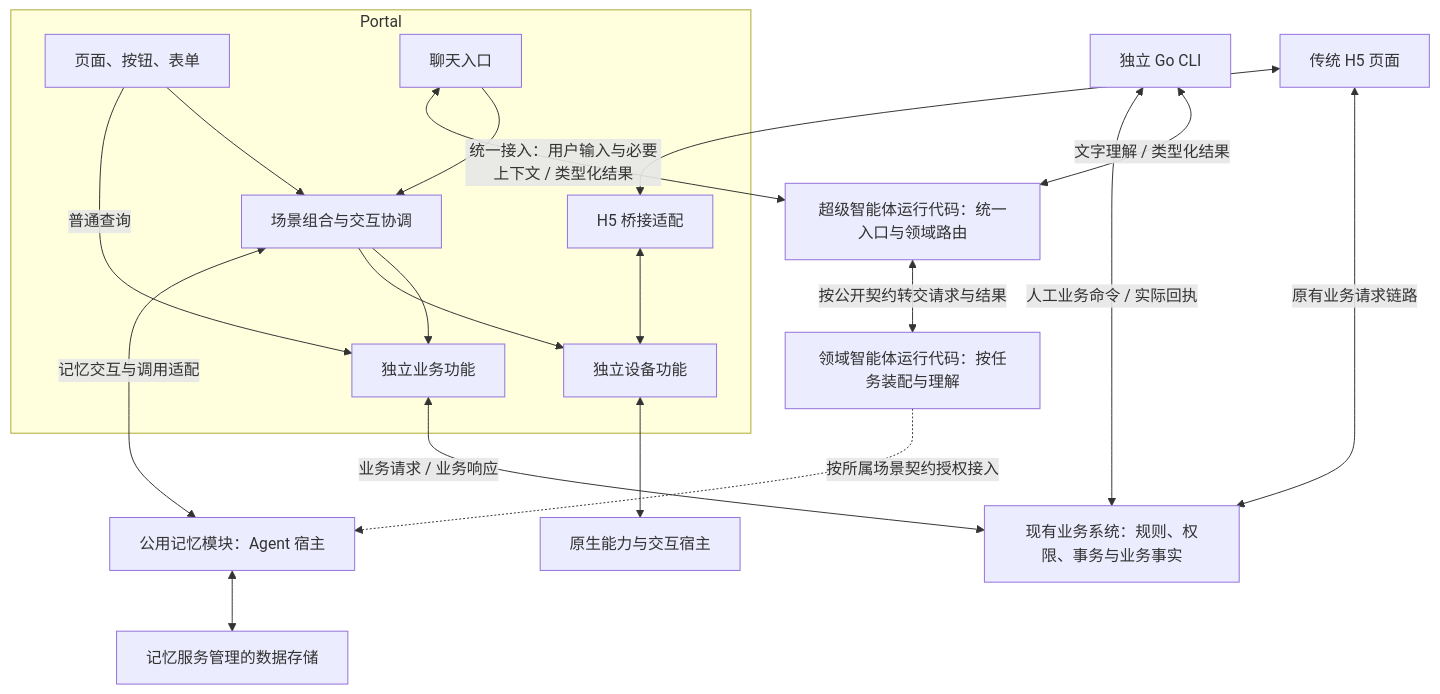
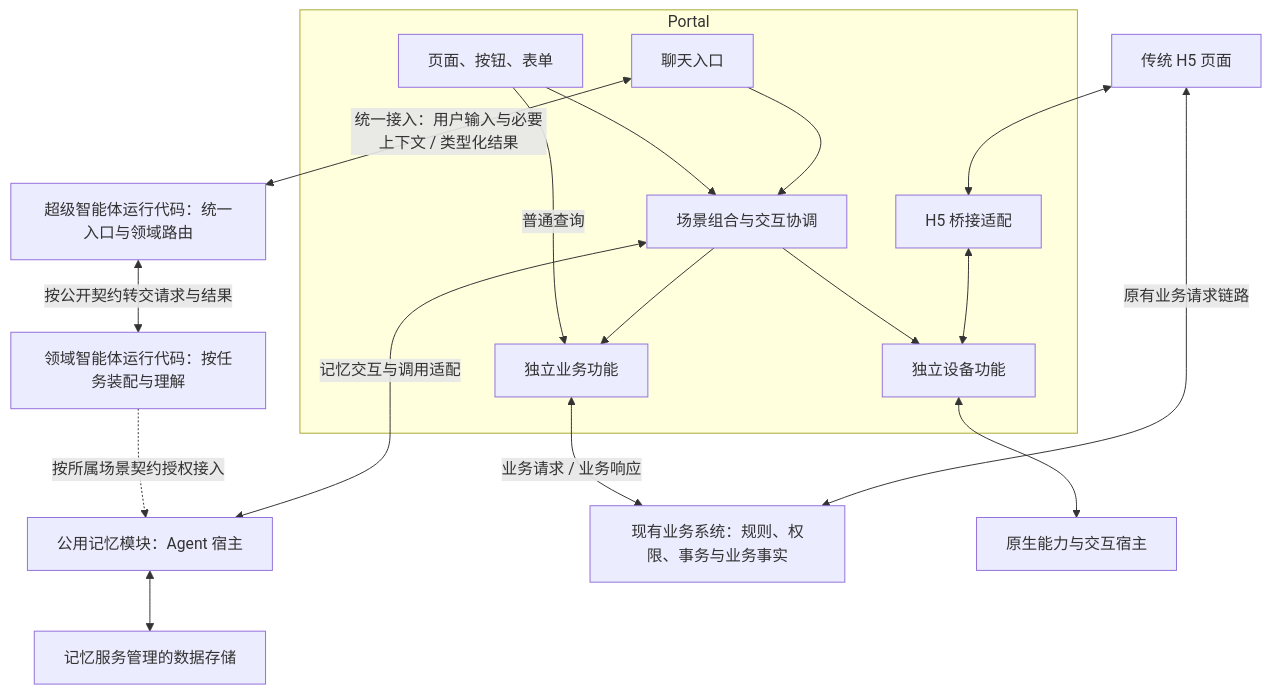
Before and after one commit to unif-skill/unif-portal-dev-skills: the diagram in plugins/unif-platform-rules/skills/unif-platform-rules/references/architecture/responsibilities.md, drawn with Mermaid. The commit also changed other lines of this file and 11 other files, not shown here.

````diff
--- a/plugins/unif-platform-rules/skills/unif-platform-rules/references/architecture/responsibilities.md
+++ b/plugins/unif-platform-rules/skills/unif-platform-rules/references/architecture/responsibilities.md
@@ -5,36 +5,33 @@
 ```mermaid
 flowchart TB
     subgraph Portal["Portal"]
         UI["页面、按钮、表单"]
         CHAT["聊天入口"]
         SCENE["场景组合与交互协调"]
         BUSINESS["独立业务功能"]
         DEVICE["独立设备功能"]
         BRIDGE["H5 桥接适配"]
         UI --> SCENE
         UI -->|"普通查询"| BUSINESS
         CHAT --> SCENE
         SCENE --> BUSINESS
         SCENE --> DEVICE
         BRIDGE <--> DEVICE
     end
     SUPER["超级智能体运行代码：统一入口与领域路由"]
     DOMAIN["领域智能体运行代码：按任务装配与理解"]
     SUPER <-->|"按公开契约转交请求与结果"| DOMAIN
     CHAT <-->|"统一接入：用户输入与必要上下文 / 类型化结果"| SUPER
-    CLI["独立 Go CLI"]
-    CLI <-->|"文字理解 / 类型化结果"| SUPER
     MEMORY["公用记忆模块：Agent 宿主"]
     MEMORY_STORE["记忆服务管理的数据存储"]
     DOMAIN -.->|"按所属场景契约授权接入"| MEMORY
     SCENE <-->|"记忆交互与调用适配"| MEMORY
     MEMORY <--> MEMORY_STORE
     SYSTEM["现有业务系统：规则、权限、事务与业务事实"]
     NATIVE["原生能力与交互宿主"]
     H5["传统 H5 页面"]
     BUSINESS <-->|"业务请求 / 业务响应"| SYSTEM
-    CLI <-->|"人工业务命令 / 实际回执"| SYSTEM
     DEVICE <--> NATIVE
     H5 <--> BRIDGE
     H5 <-->|"原有业务请求链路"| SYSTEM
 ```
````
